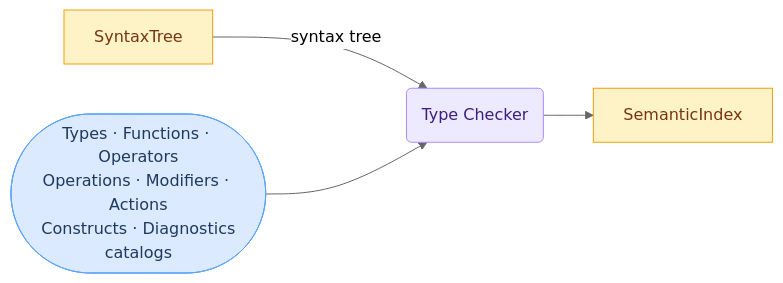
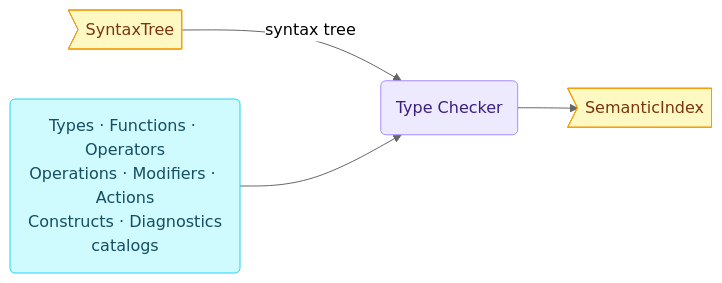
The fourth of 9 diagrams in docs/compiler-and-runtime-design.md (sfalik/Precept), drawn with Mermaid (neutral theme) before and after one commit. The commit also changed other lines of this file and 1 other file, not shown here.

First line of the commit message:
docs: refine pipeline diagram and narrative in compiler-and-runtime-design.md

````diff
--- a/docs/compiler-and-runtime-design.md
+++ b/docs/compiler-and-runtime-design.md
@@ -282,15 +394,16 @@
 ```mermaid
 flowchart LR
-    classDef input fill:#dbeafe,stroke:#60a5fa,color:#1e3a5f
-    classDef stage fill:#ede9fe,stroke:#a78bfa,color:#3b1f7e
-    classDef artifact fill:#fef3c7,stroke:#f59e0b,color:#78350f
+    classDef input   fill:#dbeafe,stroke:#60a5fa,color:#1e3a5f
+    classDef catalog fill:#cffafe,stroke:#22d3ee,color:#164e63
+    classDef stage   fill:#ede9fe,stroke:#a78bfa,color:#3b1f7e
+    classDef out     fill:#fef9c3,stroke:#f59e0b,color:#78350f
 
-    ST[SyntaxTree]:::artifact
-    CAT(["Types · Functions · Operators<br/>Operations · Modifiers · Actions<br/>Constructs · Diagnostics<br/>catalogs"]):::input
+    ST>"SyntaxTree"]:::out
+    CAT("Types · Functions · Operators<br/>Operations · Modifiers · Actions<br/>Constructs · Diagnostics<br/>catalogs"):::catalog
     TC(Type Checker):::stage
-    OUT[SemanticIndex]:::artifact
+    OUT>"SemanticIndex"]:::out
 
     ST -->|"syntax tree"| TC
     CAT --> TC
     TC --> OUT
 ```
````
